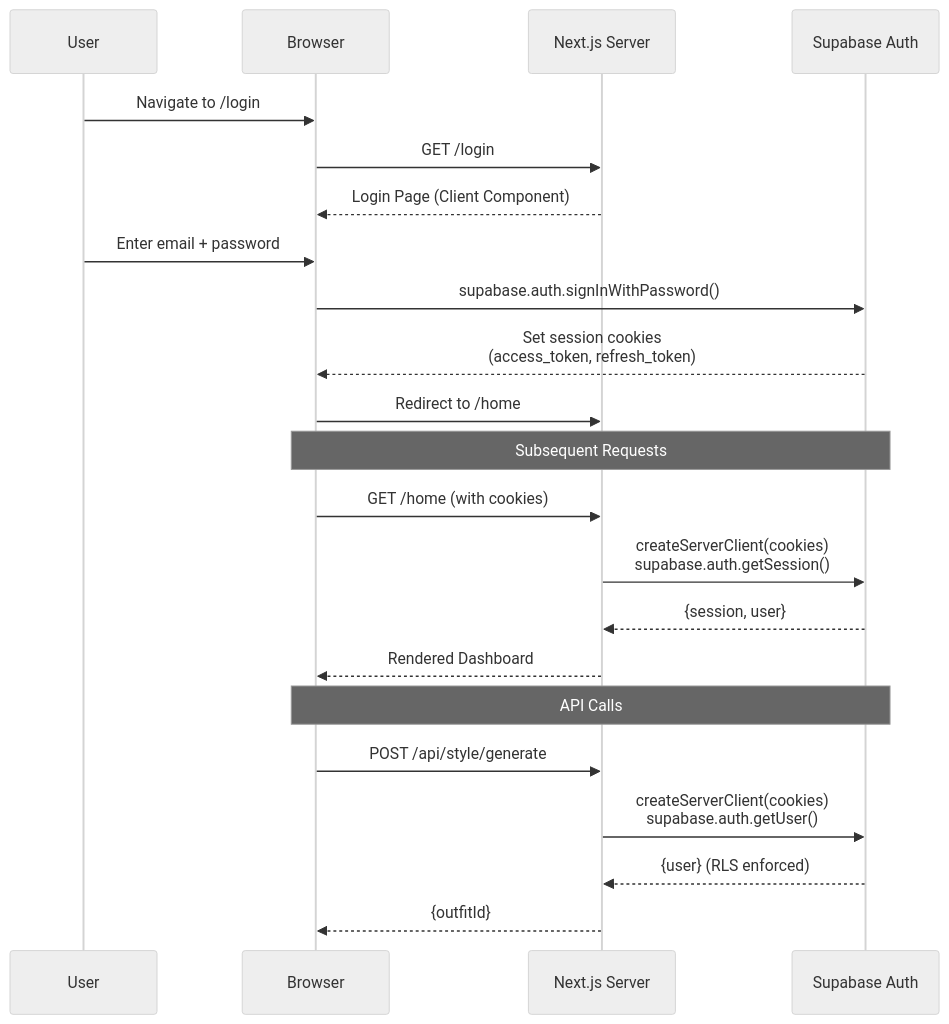
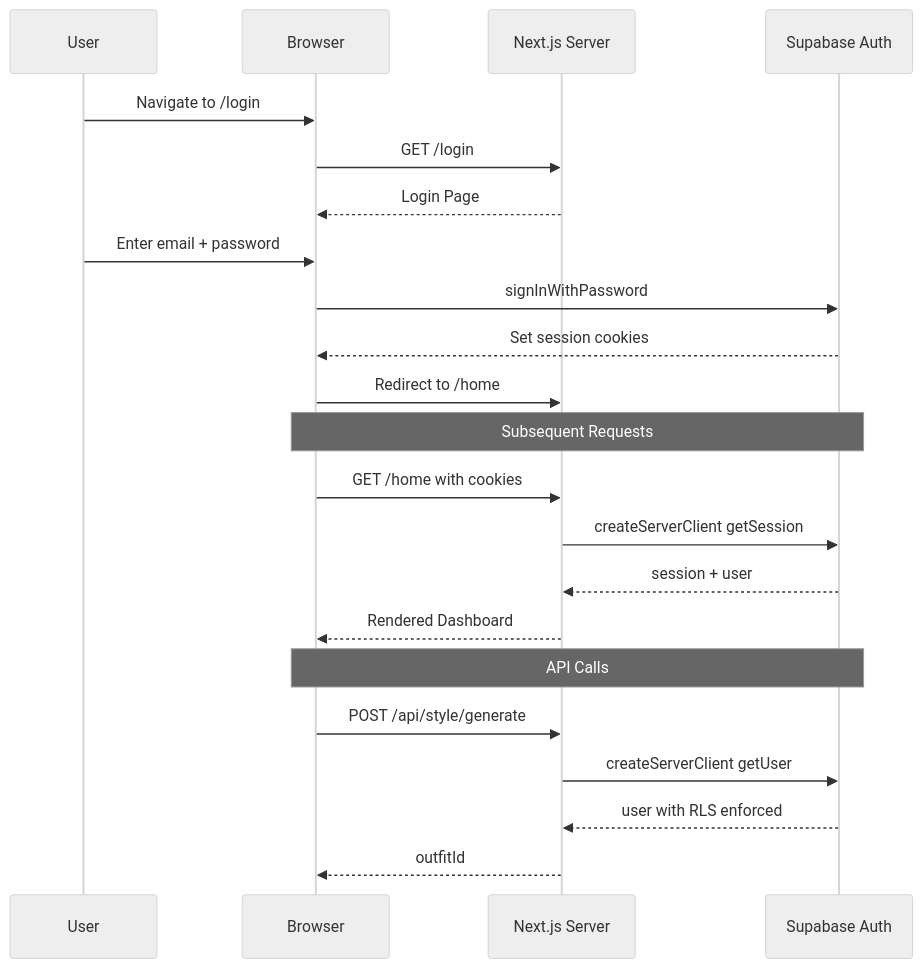
Diagram 11 of 12 in docs/ARCHITECTURE.md (ompurwar/grooming-os), drawn with Mermaid (neutral theme) before and after one commit. The commit also changed other lines of this file and 8 other files, not shown here.

Commit message:
fix: resolve Mermaid parse errors in architecture diagrams

````diff
--- a/docs/ARCHITECTURE.md
+++ b/docs/ARCHITECTURE.md
@@ -491,28 +492,28 @@
 ```mermaid
 sequenceDiagram
     participant User as User
     participant Browser as Browser
     participant NextServer as Next.js Server
     participant Supabase as Supabase Auth
 
     User->>Browser: Navigate to /login
     Browser->>NextServer: GET /login
-    NextServer-->>Browser: Login Page (Client Component)
+    NextServer-->>Browser: Login Page
 
     User->>Browser: Enter email + password
-    Browser->>Supabase: supabase.auth.signInWithPassword()
-    Supabase-->>Browser: Set session cookies<br/>(access_token, refresh_token)
+    Browser->>Supabase: signInWithPassword
+    Supabase-->>Browser: Set session cookies
     Browser->>NextServer: Redirect to /home
 
     Note over Browser,Supabase: Subsequent Requests
-    Browser->>NextServer: GET /home (with cookies)
-    NextServer->>Supabase: createServerClient(cookies)<br/>supabase.auth.getSession()
-    Supabase-->>NextServer: {session, user}
+    Browser->>NextServer: GET /home with cookies
+    NextServer->>Supabase: createServerClient getSession
+    Supabase-->>NextServer: session + user
     NextServer-->>Browser: Rendered Dashboard
 
     Note over Browser,Supabase: API Calls
     Browser->>NextServer: POST /api/style/generate
-    NextServer->>Supabase: createServerClient(cookies)<br/>supabase.auth.getUser()
-    Supabase-->>NextServer: {user} (RLS enforced)
-    NextServer-->>Browser: {outfitId}
+    NextServer->>Supabase: createServerClient getUser
+    Supabase-->>NextServer: user with RLS enforced
+    NextServer-->>Browser: outfitId
 ```
````
